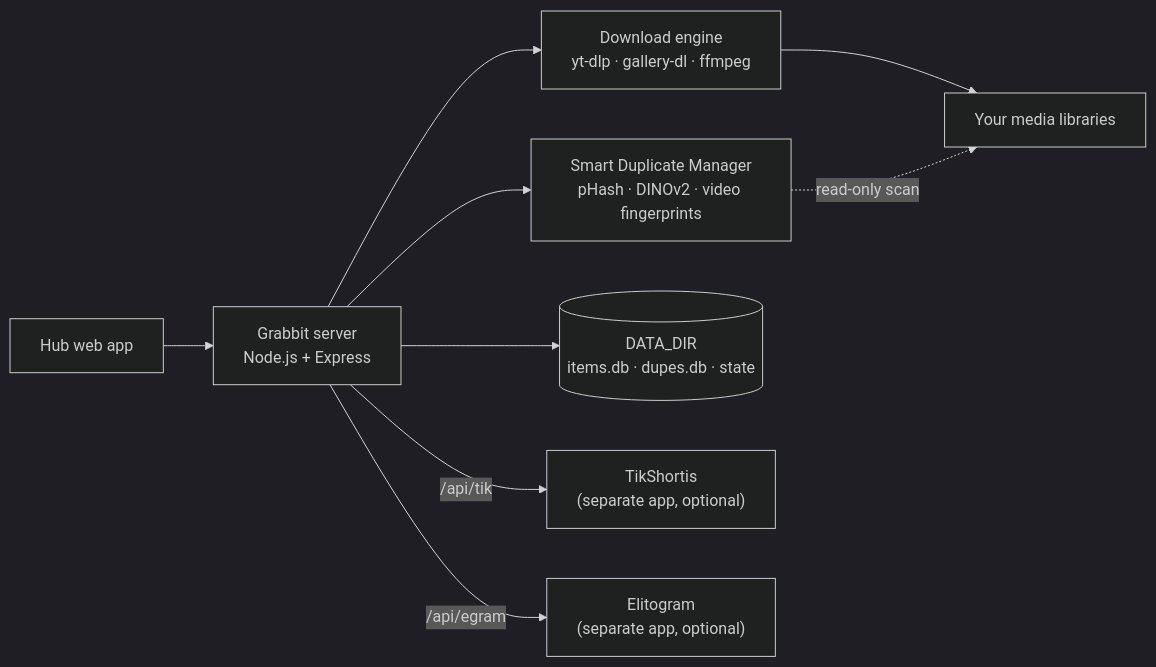
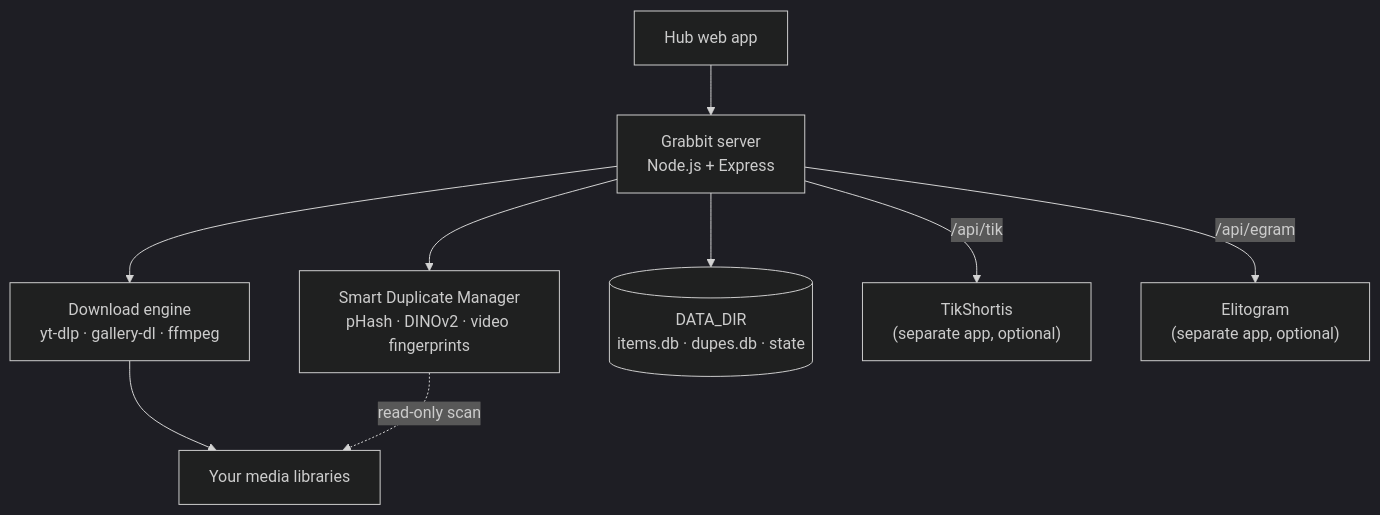
The diagram in README.md (tjelite1986/grabbit), drawn with Mermaid (dark theme) before and after one commit. The commit also changed other lines of this file and 9 other files, not shown here.

````diff
--- a/README.md
+++ b/README.md
@@ -358,11 +374,11 @@
 ```mermaid
-flowchart LR
+flowchart TD
   UI["Hub web app"] --> G["Grabbit server<br/>Node.js + Express"]
   G --> DL["Download engine<br/>yt-dlp · gallery-dl · ffmpeg"]
   G --> SDM["Smart Duplicate Manager<br/>pHash · DINOv2 · video fingerprints"]
   G --> DB[("DATA_DIR<br/>items.db · dupes.db · state")]
   DL --> M["Your media libraries"]
   SDM -. "read-only scan" .-> M
   G -- "/api/tik" --> TIK["TikShortis<br/>(separate app, optional)"]
   G -- "/api/egram" --> EG["Elitogram<br/>(separate app, optional)"]
 ```
````
